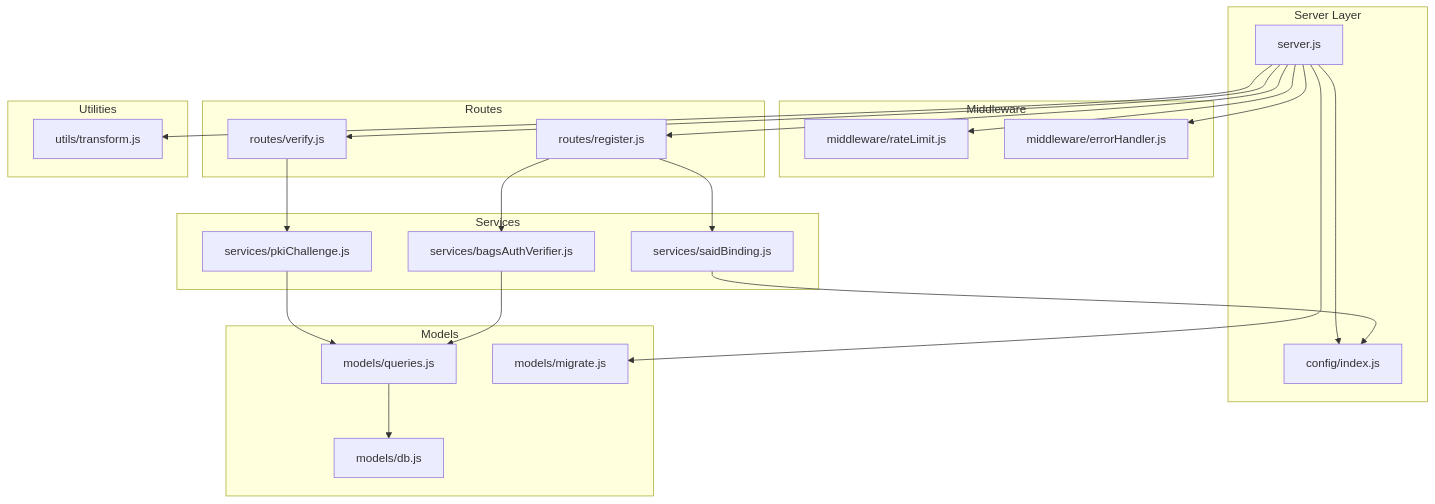
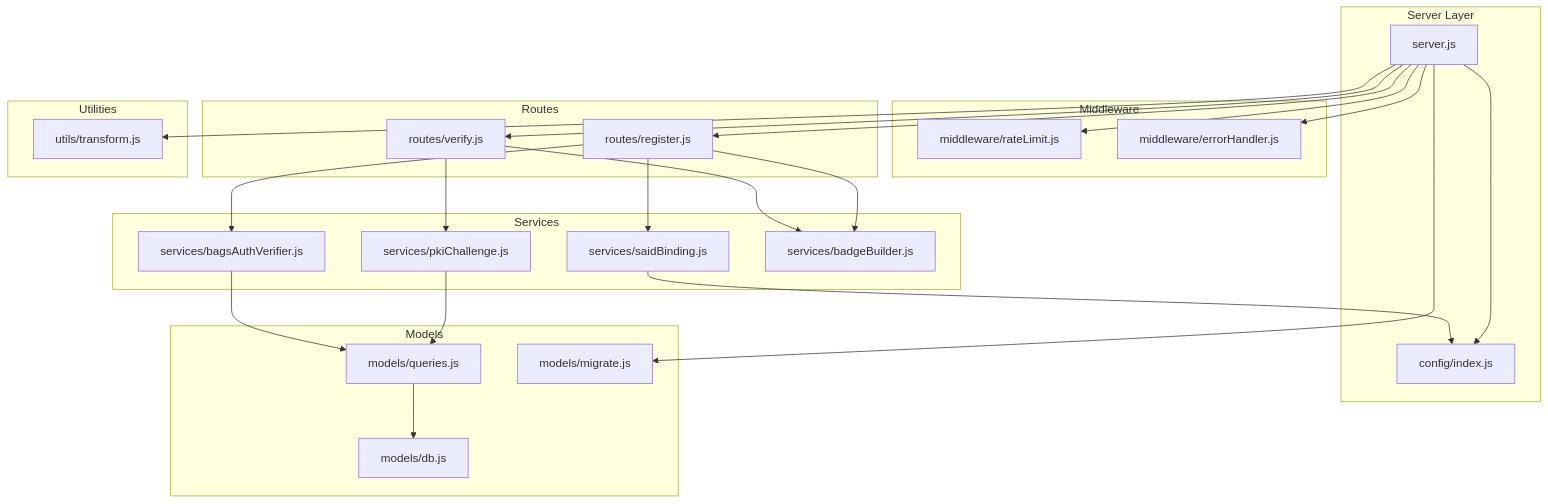
Before and after one commit to RunTimeAdmin/AgentID: the first of 7 diagrams in .qoder/repowiki/en/content/Architecture Overview/Security Architecture.md, drawn with Mermaid. The commit also changed other lines of this file and 4 other files, not shown here.

````diff
--- a/.qoder/repowiki/en/content/Architecture Overview/Security Architecture.md
+++ b/.qoder/repowiki/en/content/Architecture Overview/Security Architecture.md
@@ -46,42 +54,45 @@
 ```mermaid
 graph TB
 subgraph "Server Layer"
 S["server.js"]
 CFG["config/index.js"]
 end
 subgraph "Middleware"
 RL["middleware/rateLimit.js"]
 EH["middleware/errorHandler.js"]
 end
 subgraph "Routes"
 REG["routes/register.js"]
 VER["routes/verify.js"]
 end
 subgraph "Services"
 BAGS["services/bagsAuthVerifier.js"]
 PKI["services/pkiChallenge.js"]
 SAID["services/saidBinding.js"]
+BADGE["services/badgeBuilder.js"]
 end
 subgraph "Models"
 DB["models/db.js"]
 Q["models/queries.js"]
 MIG["models/migrate.js"]
 end
 subgraph "Utilities"
 TR["utils/transform.js"]
 end
 S --> CFG
 S --> RL
 S --> EH
 S --> REG
 S --> VER
 REG --> BAGS
 REG --> SAID
 VER --> PKI
 PKI --> Q
 BAGS --> Q
 SAID --> CFG
 Q --> DB
 S --> MIG
 S --> TR
+REG --> BADGE
+VER --> BADGE
 ```
````
